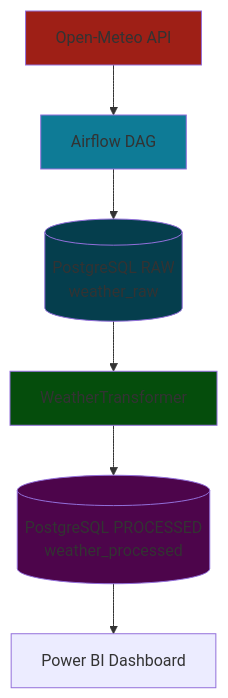
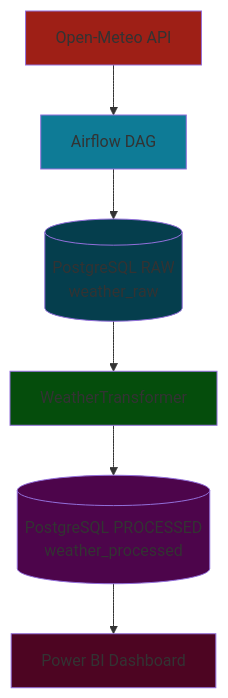
One commit to IvanMurciaRuda/Climate-ETL-Project changed the diagram in README.md. Above: the diagram before and after it, drawn with Mermaid.

````diff
--- a/README.md
+++ b/README.md
@@ -26,14 +26,15 @@
 ```mermaid
 graph TB
     A[Open-Meteo API] --> B[Airflow DAG]
     B --> C[(PostgreSQL RAW<br/>weather_raw)]
     C --> D[WeatherTransformer]
     D --> E[(PostgreSQL PROCESSED<br/>weather_processed)]
     E --> F[Power BI Dashboard]
     
     style A fill:#9e1f16
     style B fill:#0e7b96
     style C fill:#053e4d
     style D fill:#054d0c
     style E fill:#4d054b
+    style F fill:#4d0522
 ```
````
